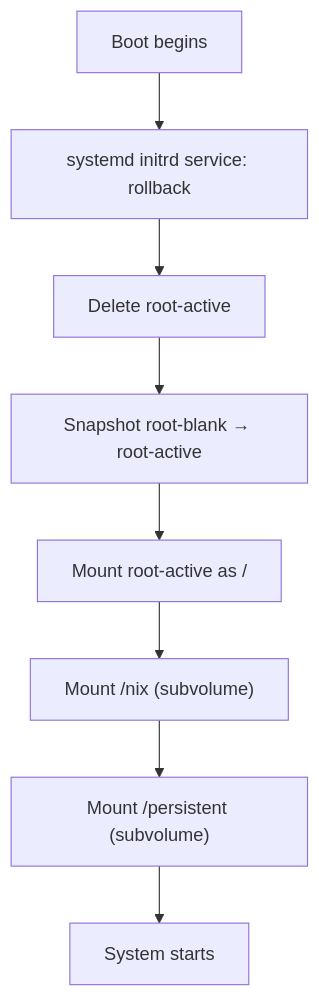
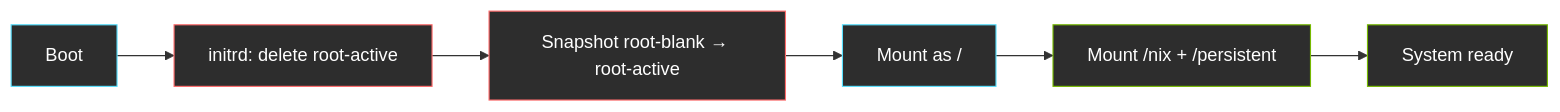
Before and after one commit to mvrozanti/mandragora: the first of 2 diagrams in README.md, drawn with Mermaid. The commit also changed other lines of this file, not shown here.

````diff
--- a/README.md
+++ b/README.md
@@ -21,10 +64,15 @@
 ```mermaid
-flowchart TD
-    A[Boot begins] --> B["systemd initrd service: rollback"]
-    B --> C["Delete root-active"]
-    C --> D["Snapshot root-blank → root-active"]
-    D --> E["Mount root-active as /"]
-    E --> F["Mount /nix (subvolume)"]
-    F --> G["Mount /persistent (subvolume)"]
-    G --> H["System starts"]
+flowchart LR
+    A["Boot"] --> B["initrd: delete root-active"]
+    B --> C["Snapshot root-blank → root-active"]
+    C --> D["Mount as /"]
+    D --> E["Mount /nix + /persistent"]
+    E --> F["System ready"]
+
+    style A fill:#2d2d2d,stroke:#58E1FF,color:#fff
+    style B fill:#2d2d2d,stroke:#FF6B6B,color:#fff
+    style C fill:#2d2d2d,stroke:#FF6B6B,color:#fff
+    style D fill:#2d2d2d,stroke:#58E1FF,color:#fff
+    style E fill:#2d2d2d,stroke:#76B900,color:#fff
+    style F fill:#2d2d2d,stroke:#76B900,color:#fff
 ```
````
